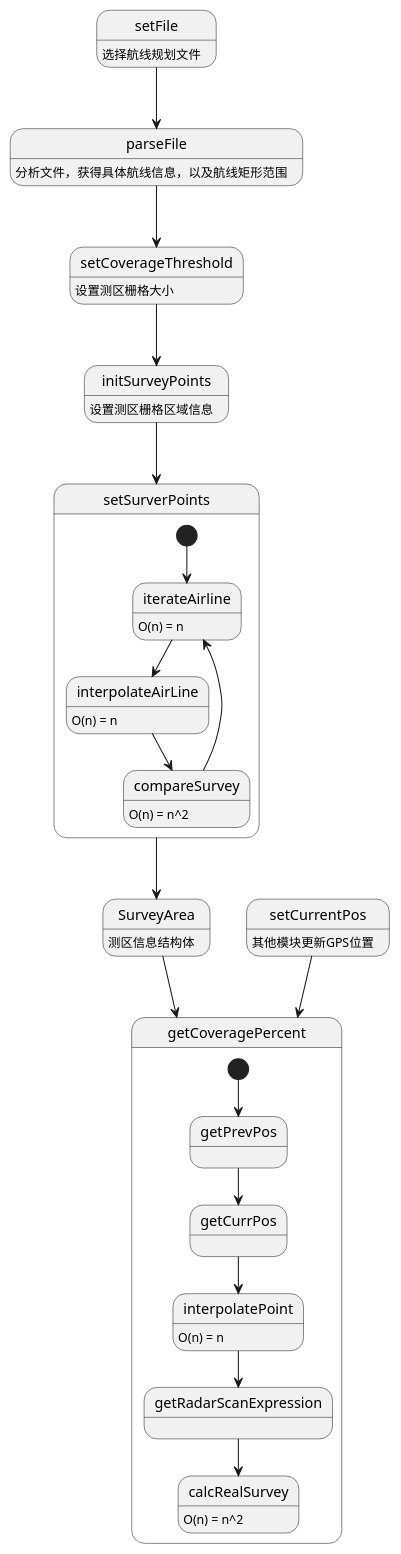
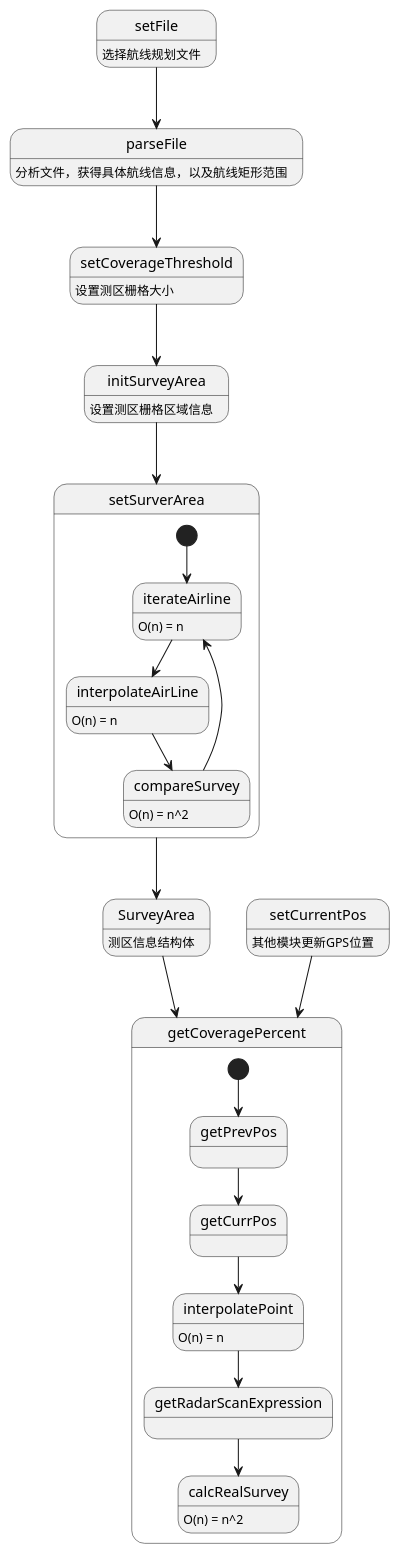
One commit to kdurant/qt_study changed the second of 2 diagrams in doc/README.md. Above: the diagram before and after it, drawn with PlantUML.

```diff
--- a/doc/README.md
+++ b/doc/README.md
@@ -16,41 +16,41 @@
 @startuml
 
 state setFile: 选择航线规划文件
 state parseFile: 分析文件，获得具体航线信息，以及航线矩形范围
 state setCoverageThreshold: 设置测区栅格大小
-state initSurveyPoints: 设置测区栅格区域信息
+state initSurveyArea: 设置测区栅格区域信息
 
-state setSurverPoints { 
+state setSurverArea { 
     state iterateAirline : O(n) = n
     state compareSurvey : O(n) = n^2
     state interpolateAirLine : O(n) = n
 
     [*] --> iterateAirline
     iterateAirline --> interpolateAirLine
     interpolateAirLine --> compareSurvey
     compareSurvey -->iterateAirline
 
 }
 
 state SurveyArea: 测区信息结构体
 state setCurrentPos: 其他模块更新GPS位置
 state getCoveragePercent {
     state interpolatePoint : O(n) = n
     state calcRealSurvey: O(n) = n^2
 
     [*] --> getPrevPos
     getPrevPos --> getCurrPos
     getCurrPos --> interpolatePoint
     interpolatePoint --> getRadarScanExpression
     getRadarScanExpression --> calcRealSurvey
 }
 
 setFile --> parseFile
 parseFile --> setCoverageThreshold
-setCoverageThreshold --> initSurveyPoints
-initSurveyPoints --> setSurverPoints
-setSurverPoints --> SurveyArea
+setCoverageThreshold --> initSurveyArea
+initSurveyArea --> setSurverArea
+setSurverArea --> SurveyArea
 
 setCurrentPos --> getCoveragePercent
 SurveyArea --> getCoveragePercent
 @enduml
```
